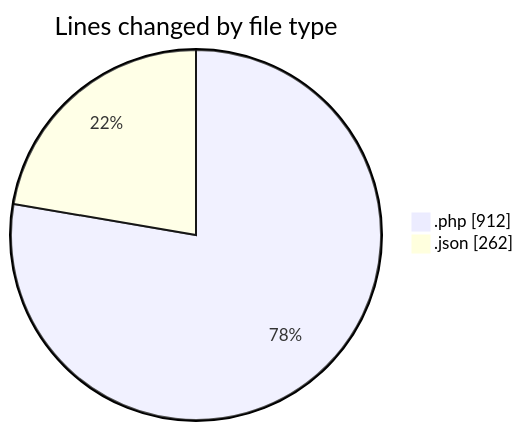
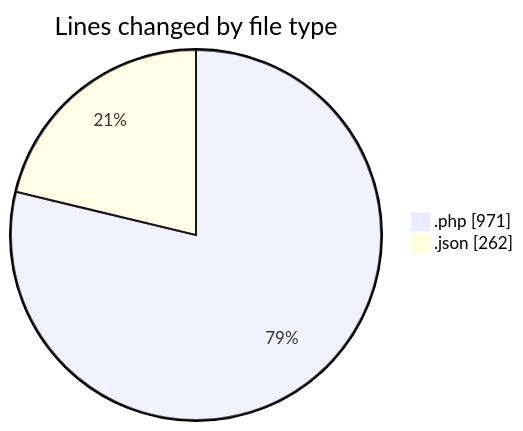
One commit to idhammustaqopulfikri/code-tracking changed the first of 2 diagrams in 2025-11-01/futsal_rekomendasi/README.md. Above: the diagram before and after it, drawn with Mermaid. The commit also changed other lines of this file and 1 other file, not shown here.

````diff
--- a/2025-11-01/futsal_rekomendasi/README.md
+++ b/2025-11-01/futsal_rekomendasi/README.md
@@ -34,6 +35,6 @@
 ```mermaid
 pie showData
 title Lines changed by file type
-".php" : 912
+".php" : 971
 ".json" : 262
 ```
````
